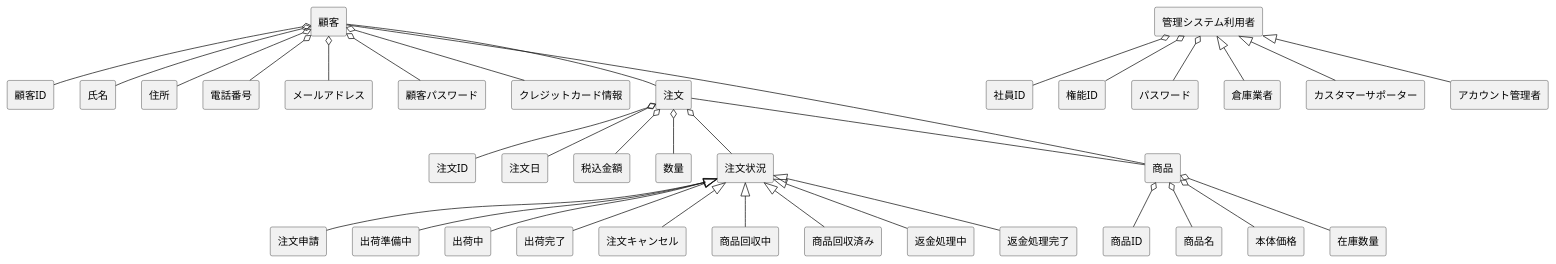
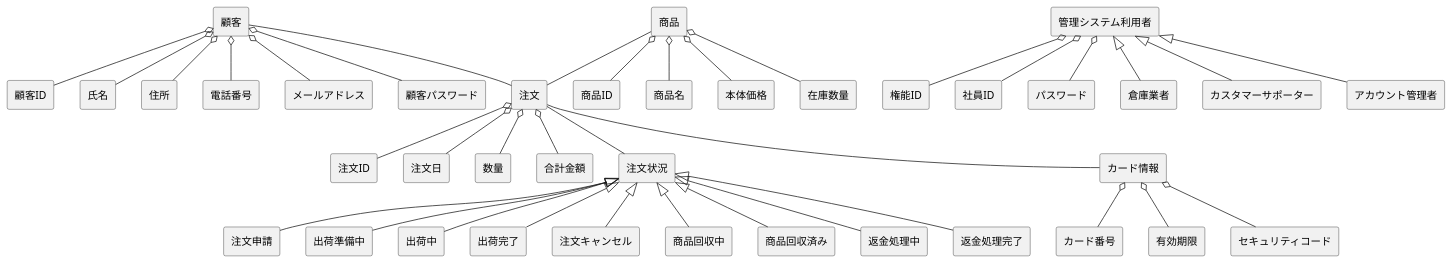
The diagram in group/3-3_総合演習1_BBショップ注文管理システム/ドメインモデル図/domain.pu (ko246/ohara_uml), drawn with PlantUML before and after one commit. The commit also changed 8 other files, not shown here.

```diff
--- a/group/3-3_総合演習1_BBショップ注文管理システム/ドメインモデル図/domain.pu
+++ b/group/3-3_総合演習1_BBショップ注文管理システム/ドメインモデル図/domain.pu
@@ -1,44 +1,67 @@
-@startuml Robodogドメインモデル図
+@startuml Robodog統合ドメインモデル図
 skinparam componentStyle rectangle
 
+' =====================
+' 顧客
+' =====================
 [顧客] o-- [顧客ID]
 [顧客] o-- [氏名]
 [顧客] o-- [住所]
 [顧客] o-- [電話番号]
 [顧客] o-- [メールアドレス]
 [顧客] o-- [顧客パスワード]
-[顧客] o-- [クレジットカード情報]
 
+' =====================
+' 商品
+' =====================
+[商品] o-- [商品ID]
+[商品] o-- [商品名]
+[商品] o-- [本体価格]
+[商品] o-- [在庫数量]
+
+' =====================
+' 注文
+' =====================
 [注文] o-- [注文ID]
 [注文] o-- [注文日]
-[注文] o-- [税込金額]
 [注文] o-- [数量]
-[注文] o-- [注文状況]
+[注文] o-- [合計金額]
+
+[顧客] -- [注文]
+[商品] -- [注文]
+
+' =====================
+' 注文状況
+' =====================
+[注文] -- [注文状況]
 
 [注文状況] <|-- [注文申請]
 [注文状況] <|-- [出荷準備中]
 [注文状況] <|-- [出荷中]
 [注文状況] <|-- [出荷完了]
 [注文状況] <|-- [注文キャンセル]
 [注文状況] <|-- [商品回収中]
 [注文状況] <|-- [商品回収済み]
 [注文状況] <|-- [返金処理中]
 [注文状況] <|-- [返金処理完了]
 
-[商品] o-- [商品ID]
-[商品] o-- [商品名]
-[商品] o-- [本体価格]
-[商品] o-- [在庫数量]
+' =====================
+' 支払い情報（クレカ専用）
+' =====================
+[カード情報] o-- [カード番号]
+[カード情報] o-- [有効期限]
+[カード情報] o-- [セキュリティコード]
 
-[商品] -- [顧客]
-[注文] -- [商品]
-[顧客] -- [注文]
+[注文] -- [カード情報]
 
+' =====================
+' 管理システム利用者
+' =====================
+[管理システム利用者] o-- [権能ID]
 [管理システム利用者] o-- [社員ID]
-[管理システム利用者] o-- [権能ID]
 [管理システム利用者] o-- [パスワード]
 [管理システム利用者] <|-- [倉庫業者]
 [管理システム利用者] <|-- [カスタマーサポーター]
 [管理システム利用者] <|-- [アカウント管理者]
 
 @enduml
```
